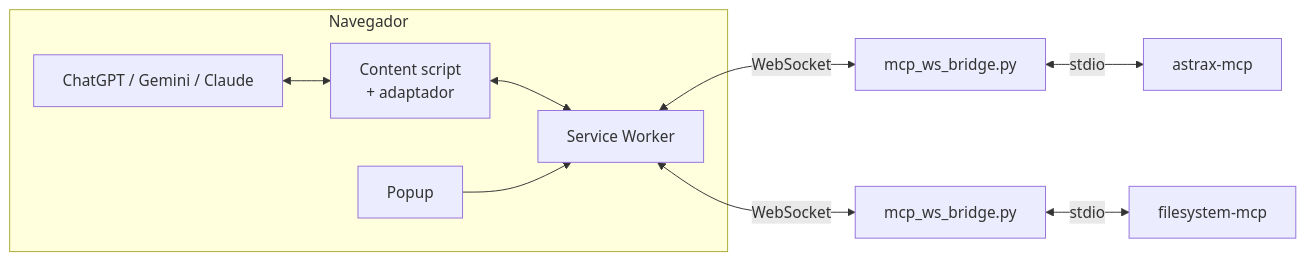
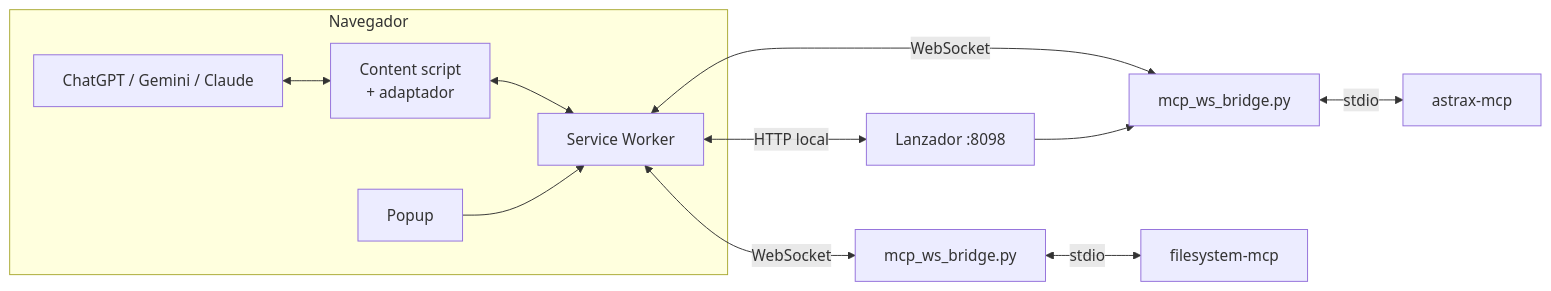
The second of 2 diagrams in README.es.md (AstraxOf/web-mcp-bridge), drawn with Mermaid before and after one commit. The commit also changed other lines of this file and 43 other files, not shown here.

````diff
--- a/README.es.md
+++ b/README.es.md
@@ -40,12 +223,14 @@
 ```mermaid
 flowchart LR
     subgraph Navegador
       A[ChatGPT / Gemini / Claude] <--> B[Content script<br/>+ adaptador]
       B <--> C[Service Worker]
       D[Popup] --> C
     end
     C <-- WebSocket --> E[mcp_ws_bridge.py]
     E <-- stdio --> F[astrax-mcp]
     E2[mcp_ws_bridge.py] <-- stdio --> G[filesystem-mcp]
     C <-- WebSocket --> E2
+    C <-- HTTP local --> L[Lanzador :8098]
+    L --> E
 ```
````
